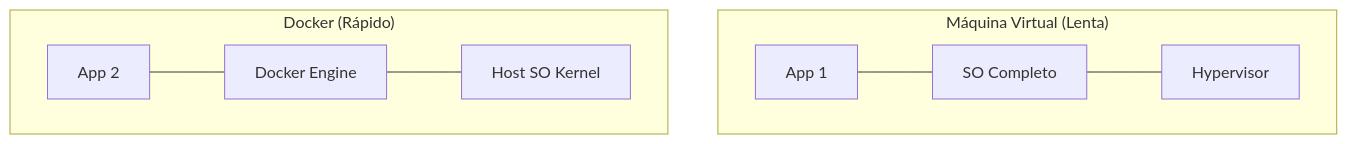
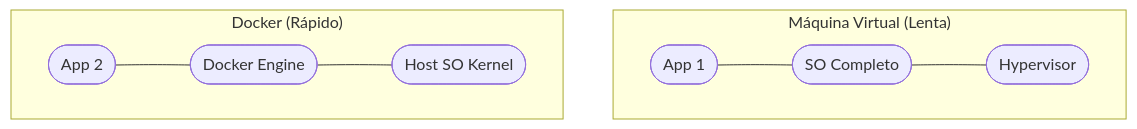
One commit to ricardotecpro/ads_extra_guia_de_ferramentas changed the diagram in docs/aulas/aula-13.md. Above: the diagram before and after it, drawn with Mermaid. The commit also changed other lines of this file and 69 other files, not shown here.

````diff
--- a/docs/aulas/aula-13.md
+++ b/docs/aulas/aula-13.md
@@ -26,11 +31,11 @@
 ```mermaid
 graph TD
     subgraph "Máquina Virtual (Lenta)"
-        App1[App 1] --- GuestSO1[SO Completo]
-        GuestSO1 --- Hyper[Hypervisor]
+        App1([App 1]) --- GuestSO1([SO Completo])
+        GuestSO1 --- Hyper([Hypervisor])
     end
     subgraph "Docker (Rápido)"
-        App2[App 2] --- Engine[Docker Engine]
-        Engine --- HostSO[Host SO Kernel]
+        App2([App 2]) --- Engine([Docker Engine])
+        Engine --- HostSO([Host SO Kernel])
     end
 ```
````
